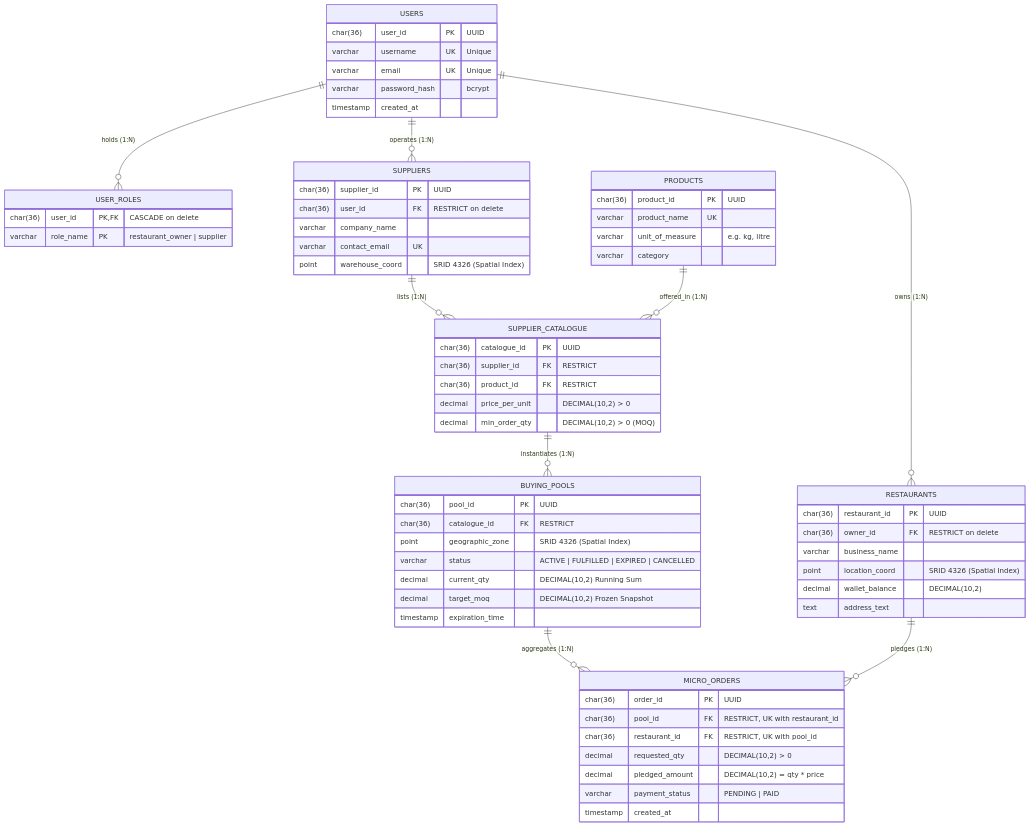
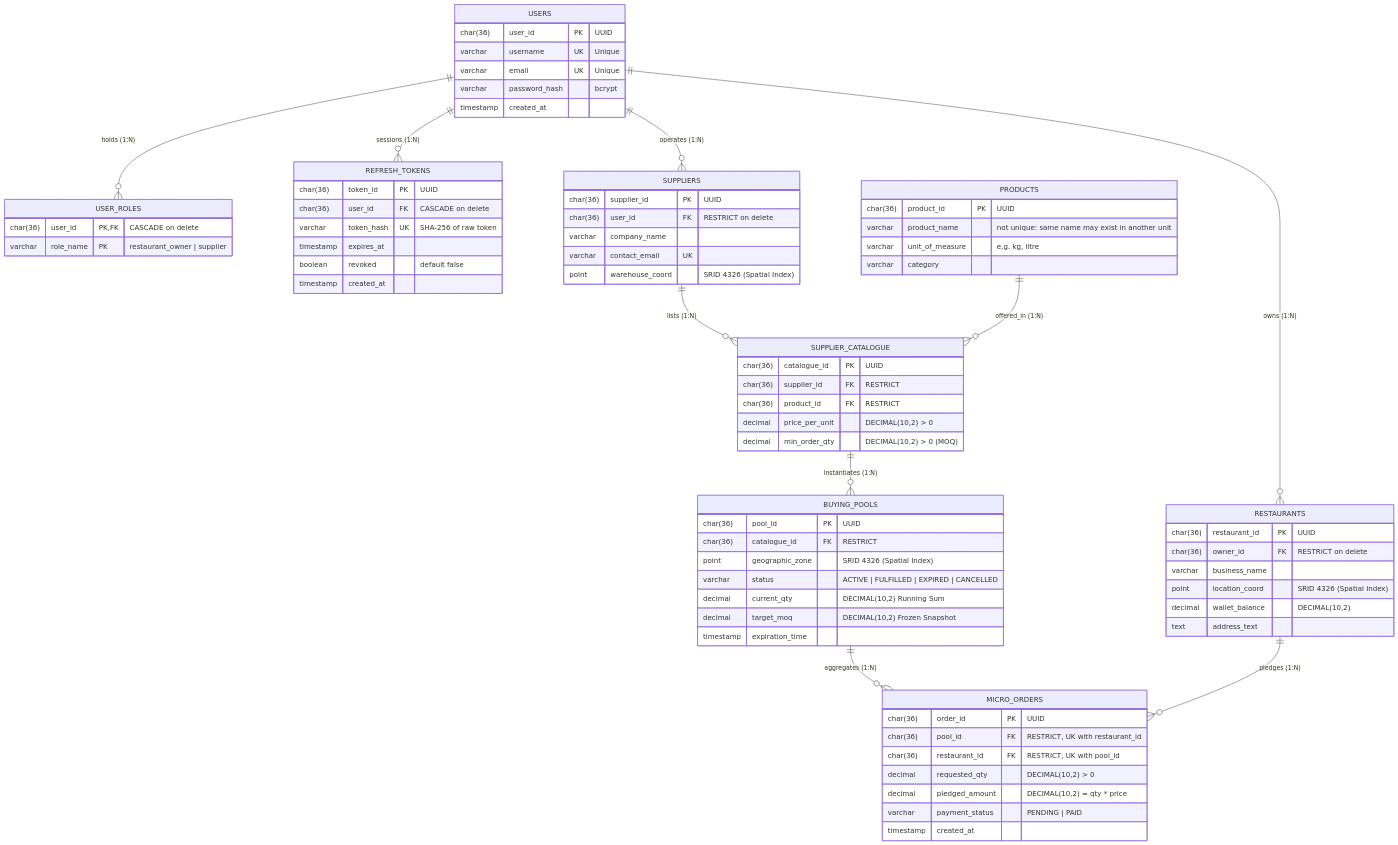
Before and after one commit to dhhhhruv/CoBuy: the diagram in docs/ER_DIAGRAM.md, drawn with Mermaid. The commit also changed other lines of this file and 15 other files, not shown here.

````diff
--- a/docs/ER_DIAGRAM.md
+++ b/docs/ER_DIAGRAM.md
@@ -11,6 +11,7 @@
 ```mermaid
 erDiagram
     USERS ||--o{ USER_ROLES : "holds (1:N)"
+    USERS ||--o{ REFRESH_TOKENS : "sessions (1:N)"
     USERS ||--o{ RESTAURANTS : "owns (1:N)"
     USERS ||--o{ SUPPLIERS : "operates (1:N)"
     
@@ -35,6 +36,15 @@
         varchar role_name PK "restaurant_owner | supplier"
     }
 
+    REFRESH_TOKENS {
+        char(36) token_id PK "UUID"
+        char(36) user_id FK "CASCADE on delete"
+        varchar token_hash UK "SHA-256 of raw token"
+        timestamp expires_at
+        boolean revoked "default false"
+        timestamp created_at
+    }
+
     RESTAURANTS {
         char(36) restaurant_id PK "UUID"
         char(36) owner_id FK "RESTRICT on delete"
@@ -54,7 +64,7 @@
 
     PRODUCTS {
         char(36) product_id PK "UUID"
-        varchar product_name UK
+        varchar product_name "not unique: same name may exist in another unit"
         varchar unit_of_measure "e.g. kg, litre"
         varchar category
     }
````
